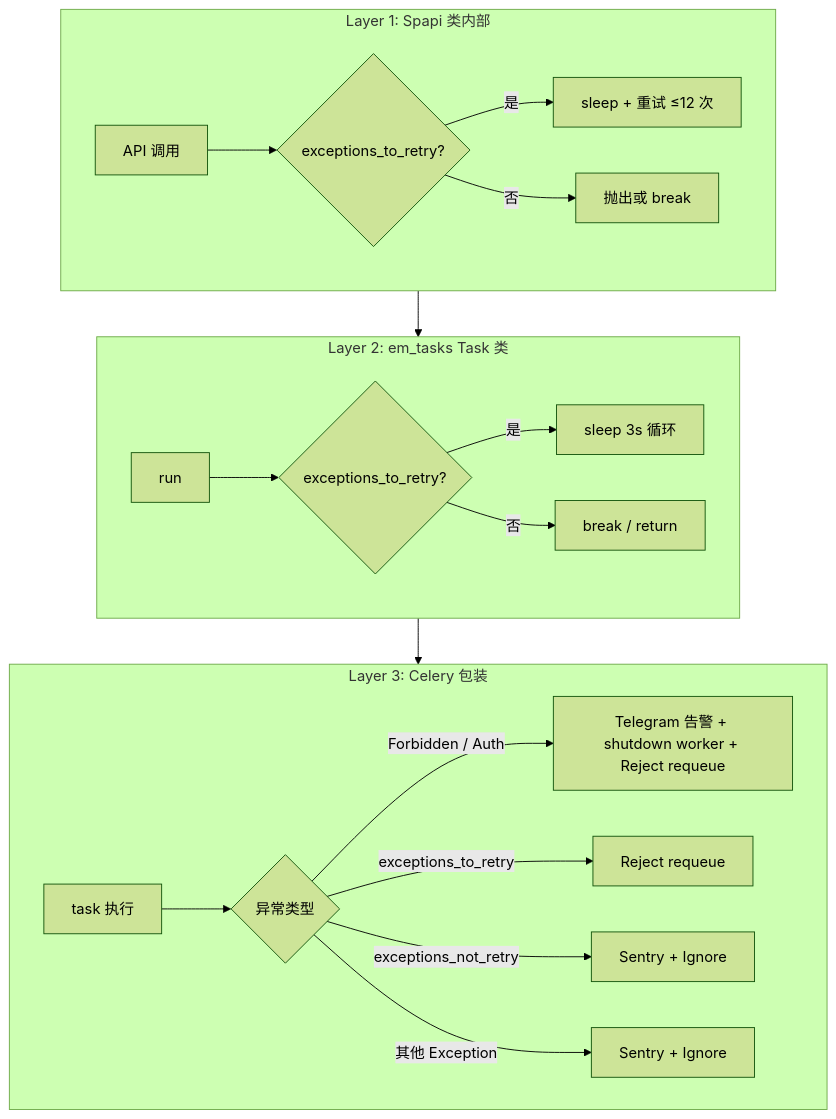
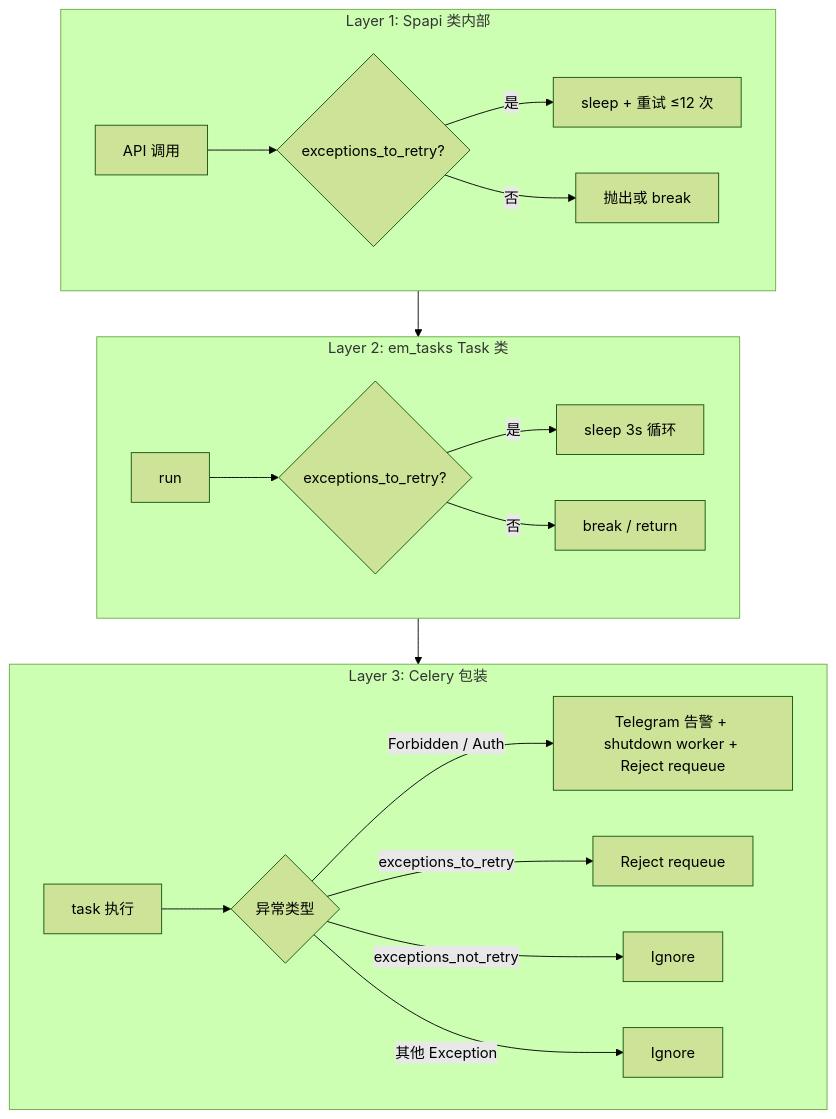
The seventh of 9 diagrams in docs/TECHNICAL.md (AriseshineSky/em-spapi-celery), drawn with Mermaid (forest theme) before and after one commit. The commit also changed other lines of this file and 35 other files, not shown here.

````diff
--- a/docs/TECHNICAL.md
+++ b/docs/TECHNICAL.md
@@ -372,24 +392,24 @@
 ```mermaid
 flowchart TD
     subgraph L1["Layer 1: Spapi 类内部"]
         A1[API 调用] --> A2{exceptions_to_retry?}
         A2 -->|是| A3[sleep + 重试 ≤12 次]
         A2 -->|否| A4[抛出或 break]
     end
 
     subgraph L2["Layer 2: em_tasks Task 类"]
         B1[run] --> B2{exceptions_to_retry?}
         B2 -->|是| B3[sleep 3s 循环]
         B2 -->|否| B4[break / return]
     end
 
     subgraph L3["Layer 3: Celery 包装"]
         C1[task 执行] --> C2{异常类型}
         C2 -->|Forbidden / Auth| C3[Telegram 告警 + shutdown worker + Reject requeue]
         C2 -->|exceptions_to_retry| C4[Reject requeue]
-        C2 -->|exceptions_not_retry| C5[Sentry + Ignore]
-        C2 -->|其他 Exception| C6[Sentry + Ignore]
+        C2 -->|exceptions_not_retry| C5[Ignore]
+        C2 -->|其他 Exception| C6[Ignore]
     end
 
     L1 --> L2 --> L3
 ```
````
